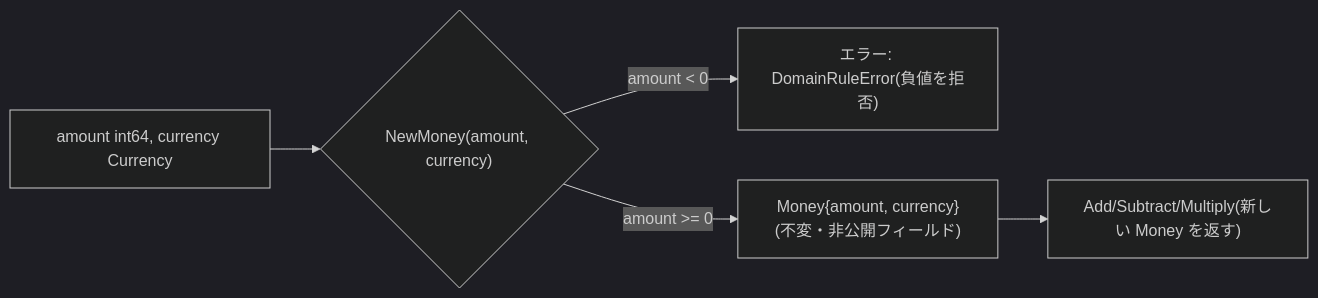
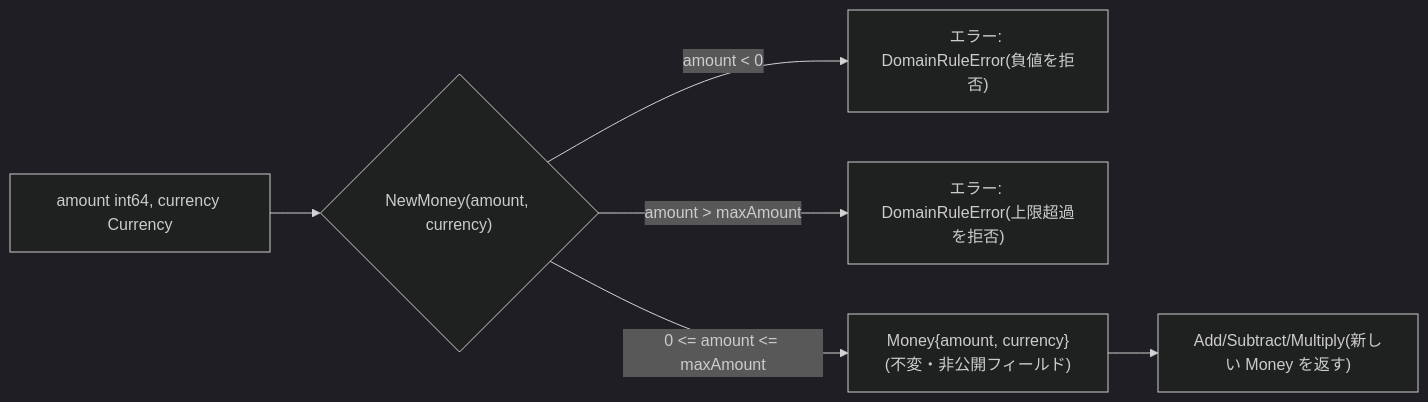
One commit to almondoo/golang-ddd-sample changed the diagram in docs/ddd/value-object.md. Above: the diagram before and after it, drawn with Mermaid (dark theme). The commit also changed other lines of this file and 31 other files, not shown here.

````diff
--- a/docs/ddd/value-object.md
+++ b/docs/ddd/value-object.md
@@ -11,7 +11,8 @@
 ```mermaid
 flowchart LR
     In["amount int64, currency Currency"] --> Gate{"NewMoney(amount, currency)"}
     Gate -->|amount < 0| Reject["エラー: DomainRuleError(負値を拒否)"]
-    Gate -->|amount >= 0| Money["Money{amount, currency}(不変・非公開フィールド)"]
+    Gate -->|amount > maxAmount| Reject2["エラー: DomainRuleError(上限超過を拒否)"]
+    Gate -->|0 <= amount <= maxAmount| Money["Money{amount, currency}(不変・非公開フィールド)"]
     Money --> Add["Add/Subtract/Multiply(新しい Money を返す)"]
 ```
````
